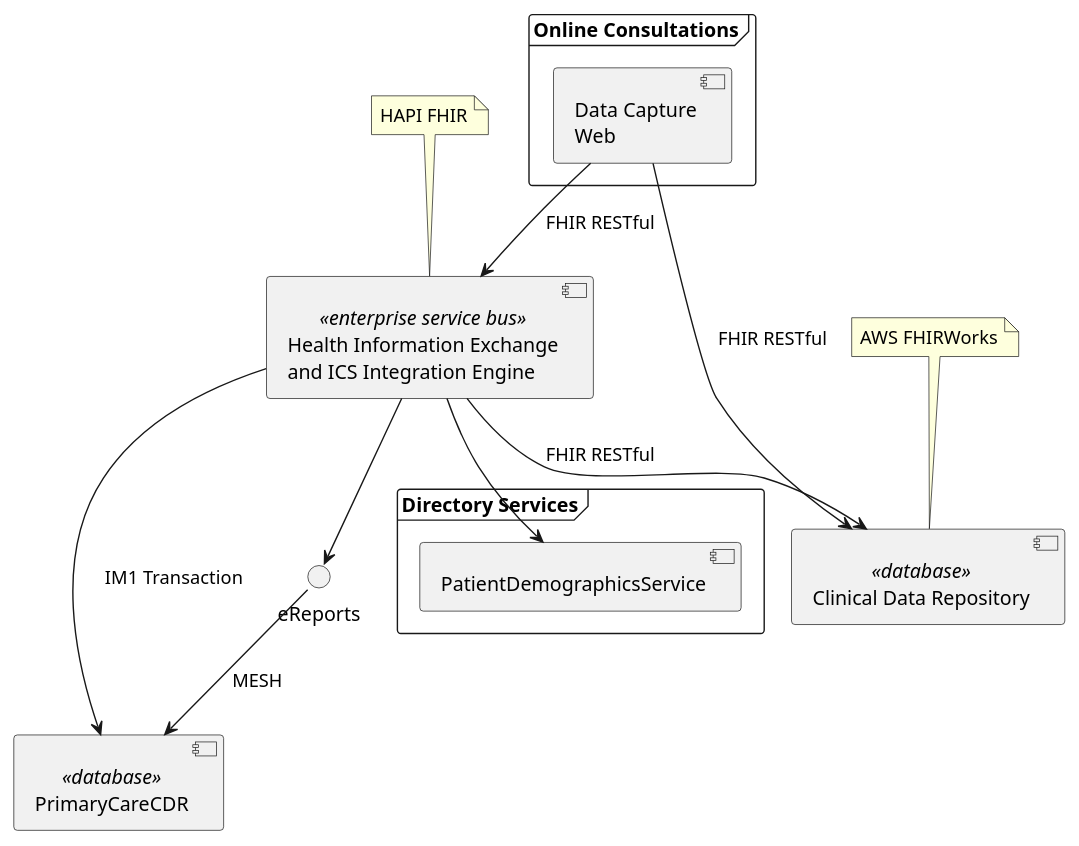
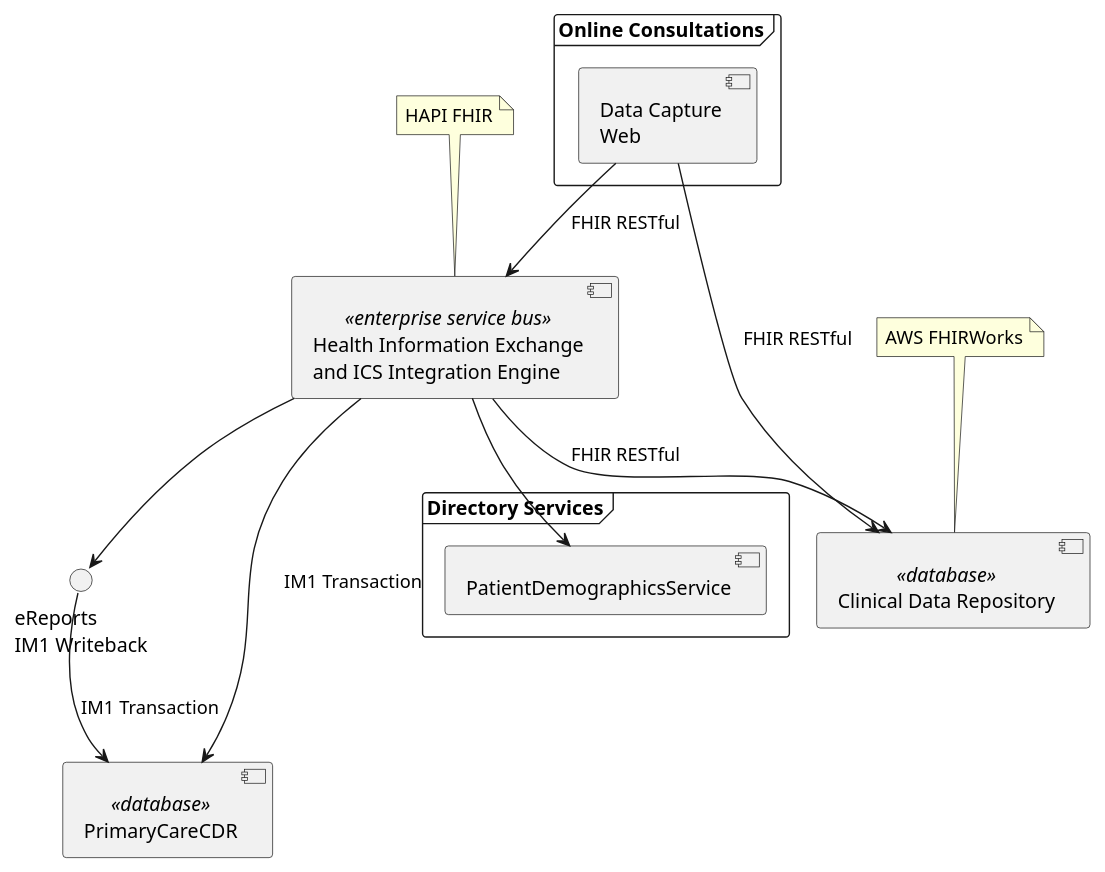
One commit to Virtually-Healthcare/virtually-healthcare.github.com changed the diagram in input/images-source/component-start.plantuml. Above: the diagram before and after it, drawn with PlantUML. The commit also changed 1 other file, not shown here.

```diff
--- a/input/images-source/component-start.plantuml
+++ b/input/images-source/component-start.plantuml
@@ -2,44 +2,45 @@
   @startuml
 
     component "Clinical Data Repository" as ClinicalDataRepository <<database>>
 
     component "Health Information Exchange\nand ICS Integration Engine" as HealthInformationExchange <<enterprise service bus>>
 
+  interface "eReports\nIM1 Writeback" as eReports
 
     component PrimaryCareCDR <<database>>
 
 
     frame "Directory Services" as CSD {
       component "PatientDemographicsService" as PDS
     }
 
     frame "Online Consultations" as online {
       component "Data Capture\nWeb" as DataCaptureWeb
 
     }
 
     note as FHIR
 AWS FHIRWorks
 end note
 
     note as ESB
 HAPI FHIR
 end note
 
 
     FHIR .. ClinicalDataRepository
     ESB .. HealthInformationExchange
 
 
     DataCaptureWeb --> ClinicalDataRepository : FHIR RESTful
     DataCaptureWeb --> HealthInformationExchange : FHIR RESTful
 
 
     HealthInformationExchange --> eReports
     HealthInformationExchange --> PrimaryCareCDR : IM1 Transaction
     HealthInformationExchange --> ClinicalDataRepository : FHIR RESTful
-    eReports --> PrimaryCareCDR : MESH
+    eReports --> PrimaryCareCDR : IM1 Transaction
 
     HealthInformationExchange --> PDS
 
   @enduml
```
